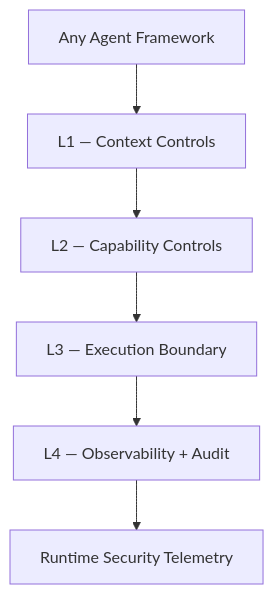
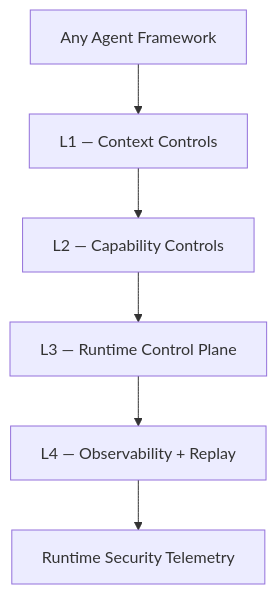
Before and after one commit to viplavfauzdar/aisecops-site: the first of 4 diagrams in src/content/architecture.md, drawn with Mermaid. The commit also changed other lines of this file and 7 other files, not shown here.

````diff
--- a/src/content/architecture.md
+++ b/src/content/architecture.md
@@ -30,12 +30,12 @@
 ```mermaid
 flowchart TD
 
 A[Any Agent Framework]
 
 A --> B[L1 — Context Controls]
 B --> C[L2 — Capability Controls]
-C --> D[L3 — Execution Boundary]
-D --> E[L4 — Observability + Audit]
+C --> D[L3 — Runtime Control Plane]
+D --> E[L4 — Observability + Replay]
 
 E --> F[Runtime Security Telemetry]
 ```
````
